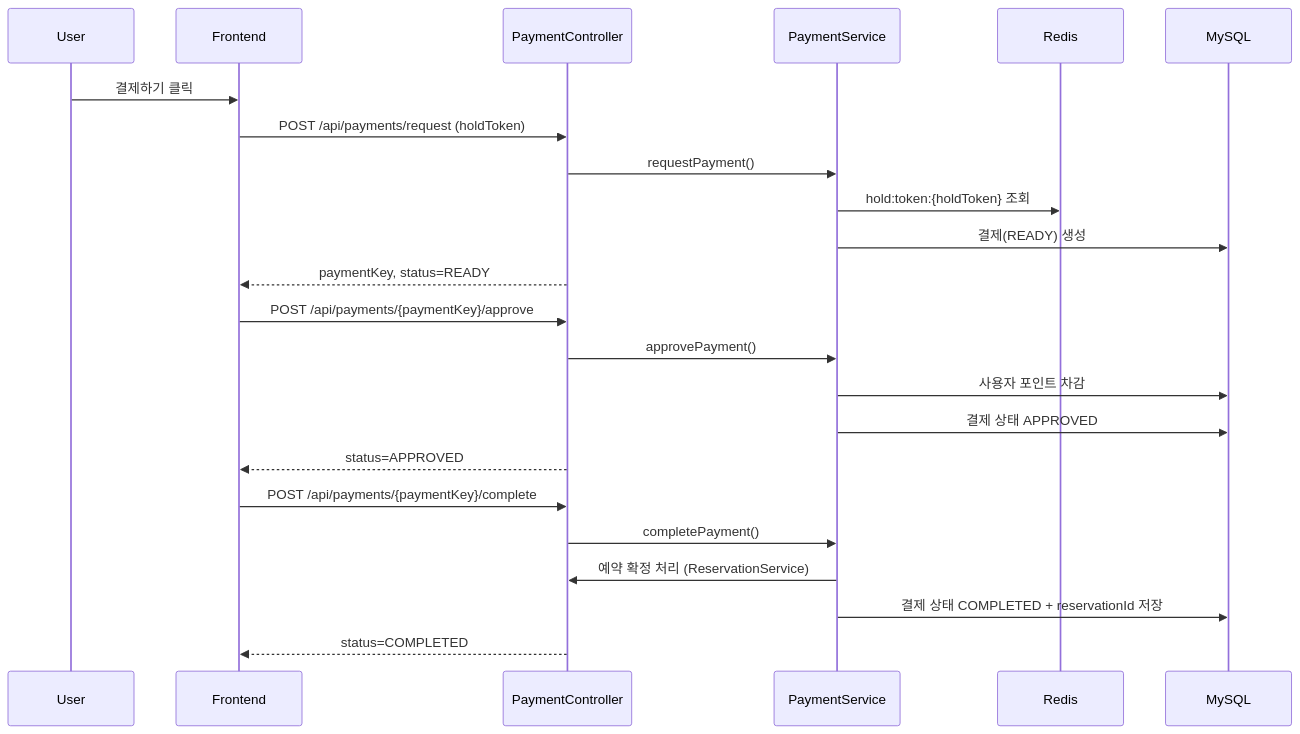
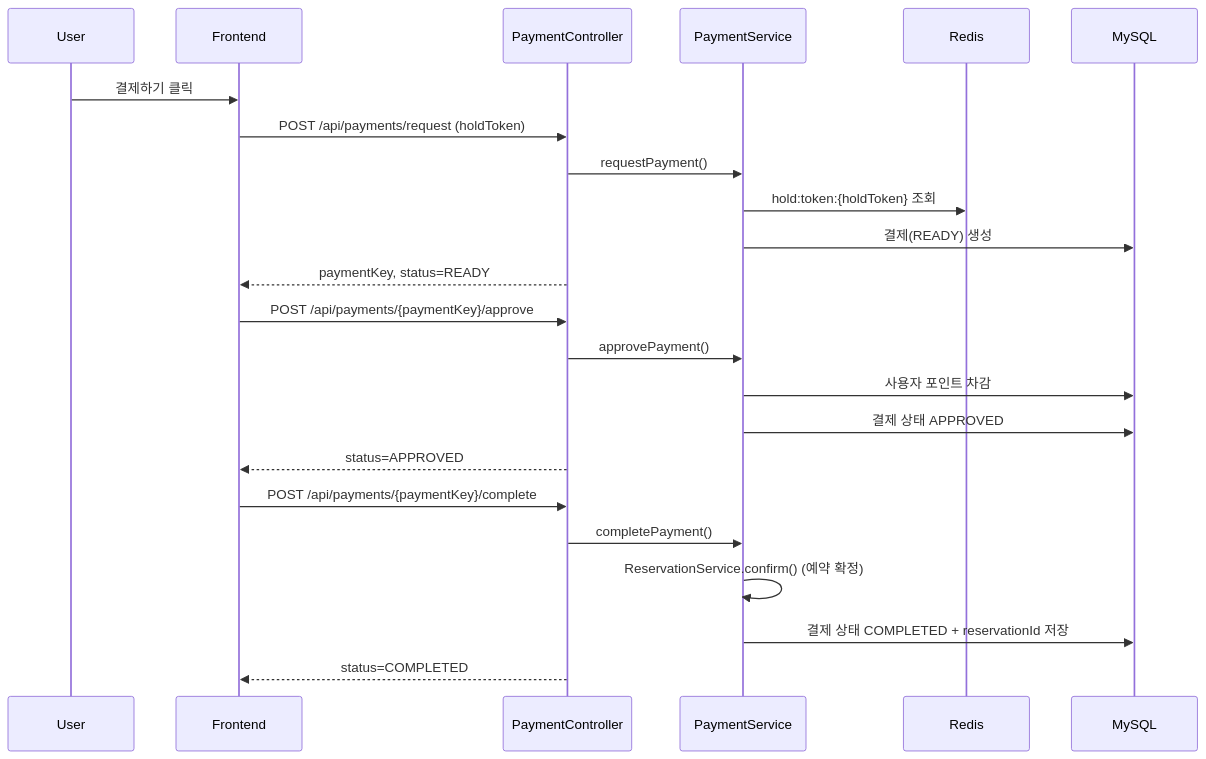
The eighth of 12 diagrams in docs/architecture.md (kiy3035/Ticketing), drawn with Mermaid before and after one commit. The commit also changed other lines of this file and 17 other files, not shown here.

````diff
--- a/docs/architecture.md
+++ b/docs/architecture.md
@@ -430,28 +421,28 @@
 ```mermaid
 sequenceDiagram
     participant U as User
     participant FE as Frontend
     participant API as PaymentController
     participant PSvc as PaymentService
     participant R as Redis
     participant DB as MySQL
 
     U->>FE: 결제하기 클릭
     FE->>API: POST /api/payments/request (holdToken)
     API->>PSvc: requestPayment()
     PSvc->>R: hold:token:{holdToken} 조회
     PSvc->>DB: 결제(READY) 생성
     API-->>FE: paymentKey, status=READY
 
     FE->>API: POST /api/payments/{paymentKey}/approve
     API->>PSvc: approvePayment()
     PSvc->>DB: 사용자 포인트 차감
     PSvc->>DB: 결제 상태 APPROVED
     API-->>FE: status=APPROVED
 
     FE->>API: POST /api/payments/{paymentKey}/complete
     API->>PSvc: completePayment()
-    PSvc->>API: 예약 확정 처리 (ReservationService)
+    PSvc->>PSvc: ReservationService.confirm() (예약 확정)
     PSvc->>DB: 결제 상태 COMPLETED + reservationId 저장
     API-->>FE: status=COMPLETED
 ```
````
